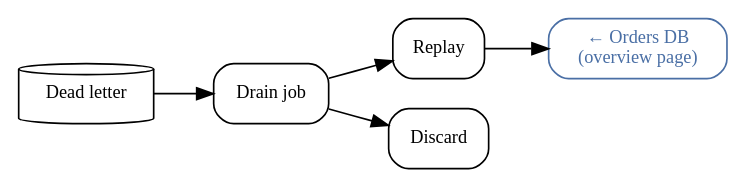
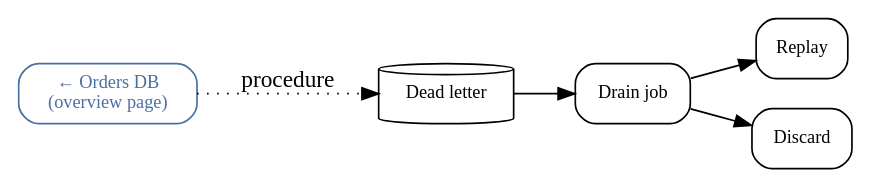
One commit to matf/docusaurus-plantuml-demo changed the fifth of 5 diagrams in docs/deeplinks/runbook.mdx. Above: the diagram before and after it, drawn with Graphviz. The commit also changed other lines of this file and 6 other files, not shown here.

````diff
--- a/docs/deeplinks/runbook.mdx
+++ b/docs/deeplinks/runbook.mdx
@@ -127,22 +133,24 @@
 ```dot title="Dead-letter drain"
 digraph {
   rankdir=LR;
   node [shape=box, style=rounded, fontsize=11];
 
+  // Leftmost on purpose: the figure's toolbar sits over the top-right corner, and a link
+  // nobody can press is a poor demonstration of a link.
+  back [
+    label="← Orders DB\n(overview page)",
+    URL="/docs/deeplinks/overview#graph?highlight-node=ORDER-DB-1",
+    fontcolor="#4a6fa5",
+    color="#4a6fa5"
+  ];
   dlq [label="Dead letter", shape=cylinder];
   drain [id="DLQ-DRAIN-2", label="Drain job"];
   replay [label="Replay"];
   discard [label="Discard"];
-  back [
-    label="← Orders DB\n(overview page)",
-    URL="/docusaurus-plantuml-demo/docs/deeplinks/overview#graph?highlight-node=ORDER-DB-1",
-    fontcolor="#4a6fa5",
-    color="#4a6fa5"
-  ];
 
+  back -> dlq [style=dotted, label="procedure"];
   dlq -> drain;
   drain -> replay;
   drain -> discard;
-  replay -> back;
 }
 ```
````
